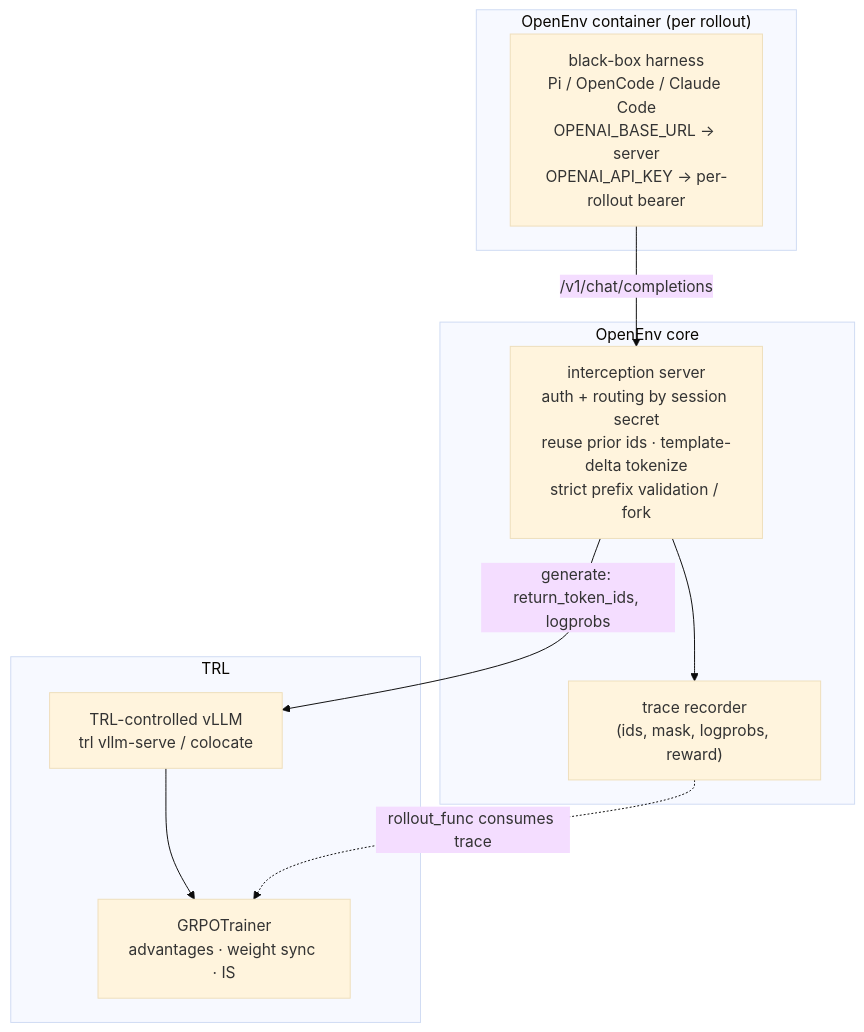
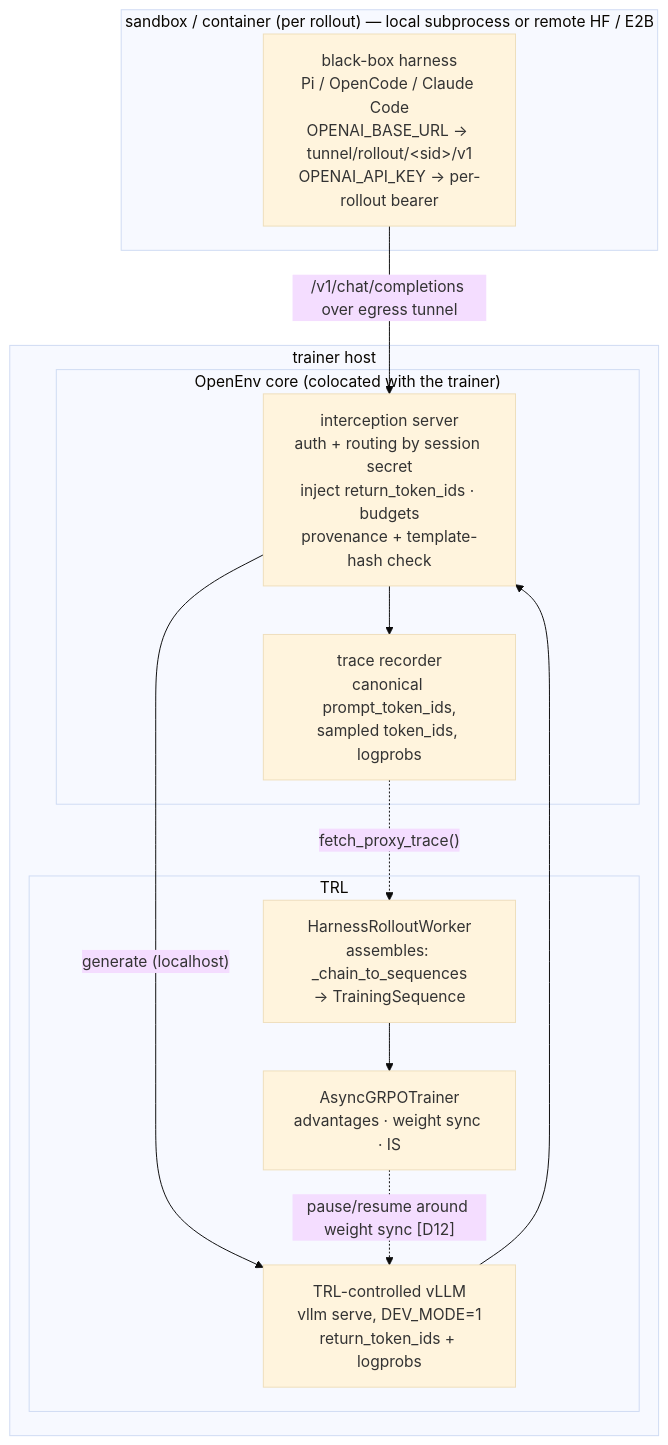
The first of 3 diagrams in rfcs/006-agentic-rl-harness-interception.md (meta-pytorch/OpenEnv), drawn with Mermaid (base theme) before and after one commit. The commit also changed other lines of this file and 1 other file, not shown here.

Commit message:
docs(rfc-006): align with merged TRL seam and address review

````diff
--- a/rfcs/006-agentic-rl-harness-interception.md
+++ b/rfcs/006-agentic-rl-harness-interception.md
@@ -65,19 +97,24 @@
 ```mermaid
 flowchart TD
-    subgraph container["OpenEnv container (per rollout)"]
-        H["black-box harness<br/>Pi / OpenCode / Claude Code<br/>OPENAI_BASE_URL → server<br/>OPENAI_API_KEY → per-rollout bearer"]
+    subgraph sandbox["sandbox / container (per rollout) — local subprocess or remote HF / E2B"]
+        H["black-box harness<br/>Pi / OpenCode / Claude Code<br/>OPENAI_BASE_URL → tunnel/rollout/&lt;sid&gt;/v1<br/>OPENAI_API_KEY → per-rollout bearer"]
     end
-    subgraph core["OpenEnv core"]
-        S["interception server<br/>auth + routing by session secret<br/>reuse prior ids · template-delta tokenize<br/>strict prefix validation / fork"]
-        R["trace recorder<br/>(ids, mask, logprobs, reward)"]
-        S --> R
+    subgraph host["trainer host"]
+        subgraph core["OpenEnv core (colocated with the trainer)"]
+            S["interception server<br/>auth + routing by session secret<br/>inject return_token_ids · budgets<br/>provenance + template-hash check"]
+            R["trace recorder<br/>canonical prompt_token_ids,<br/>sampled token_ids, logprobs"]
+            S --> R
+        end
+        subgraph trl["TRL"]
+            V["TRL-controlled vLLM<br/>vllm serve, DEV_MODE=1<br/>return_token_ids + logprobs"]
+            W["HarnessRolloutWorker<br/>assembles: _chain_to_sequences<br/>→ TrainingSequence"]
+            G["AsyncGRPOTrainer<br/>advantages · weight sync · IS"]
+            W --> G
+        end
     end
-    subgraph trl["TRL"]
-        V["TRL-controlled vLLM<br/>trl vllm-serve / colocate"]
-        G["GRPOTrainer<br/>advantages · weight sync · IS"]
-    end
-    H -->|"/v1/chat/completions"| S
-    S -->|"generate: return_token_ids, logprobs"| V
-    V --> G
-    R -.->|"rollout_func consumes trace"| G
+    H -->|"/v1/chat/completions over egress tunnel"| S
+    S -->|"generate (localhost)"| V
+    V --> S
+    R -.->|"fetch_proxy_trace()"| W
+    G -.->|"pause/resume around weight sync [D12]"| V
 ```
````
